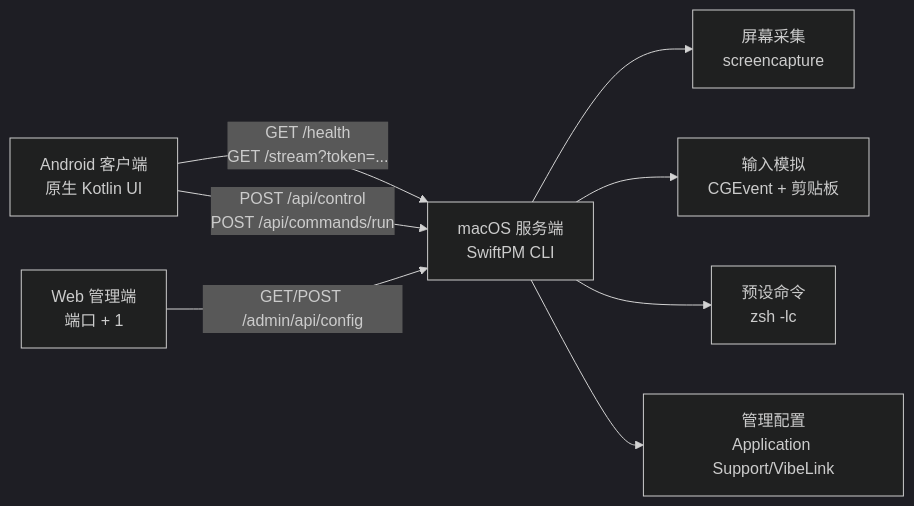
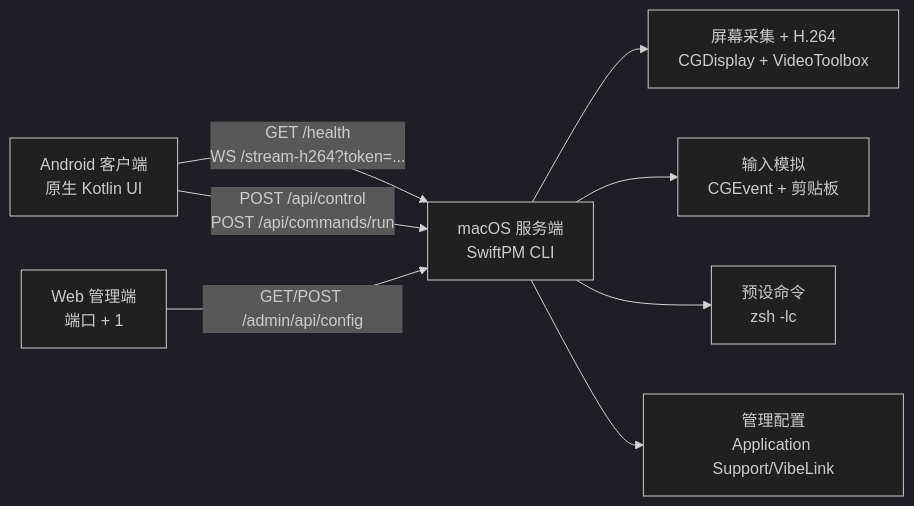
The diagram in README.zh-CN.md (IceSeaOnly/vibe_link), drawn with Mermaid (dark theme) before and after one commit. The commit also changed other lines of this file and 26 other files, not shown here.

````diff
--- a/README.zh-CN.md
+++ b/README.zh-CN.md
@@ -101,10 +104,10 @@
 ```mermaid
 flowchart LR
-    Android["Android 客户端<br/>原生 Kotlin UI"] -->|"GET /health<br/>GET /stream?token=..."| Server["macOS 服务端<br/>SwiftPM CLI"]
+    Android["Android 客户端<br/>原生 Kotlin UI"] -->|"GET /health<br/>WS /stream-h264?token=..."| Server["macOS 服务端<br/>SwiftPM CLI"]
     Android -->|"POST /api/control<br/>POST /api/commands/run"| Server
     Admin["Web 管理端<br/>端口 + 1"] -->|"GET/POST /admin/api/config"| Server
-    Server --> Capture["屏幕采集<br/>screencapture"]
+    Server --> Capture["屏幕采集 + H.264<br/>CGDisplay + VideoToolbox"]
     Server --> Input["输入模拟<br/>CGEvent + 剪贴板"]
     Server --> Commands["预设命令<br/>zsh -lc"]
     Server --> Config["管理配置<br/>Application Support/VibeLink"]
 ```
````
